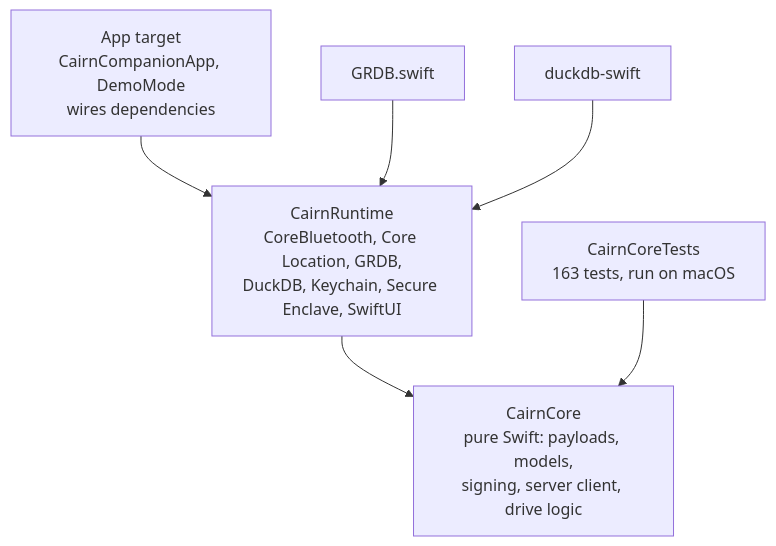
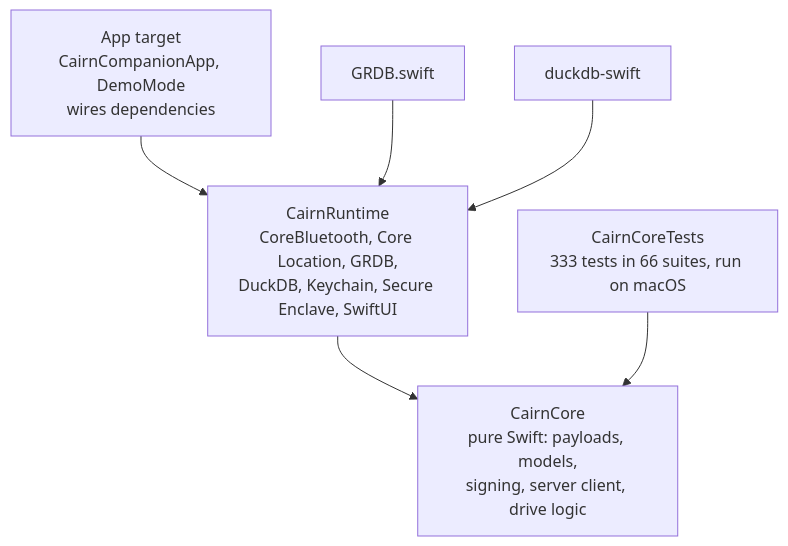
The second of 7 diagrams in README.md (ParkWardRR/cairn-companion-ios-esp32-obd2-gps-ble), drawn with Mermaid before and after one commit. The commit also changed other lines of this file and 5 other files, not shown here.

First line of the commit message:
docs: retire this repo's second roadmap; the README said CarPlay was rejected

````diff
--- a/README.md
+++ b/README.md
@@ -138,11 +143,11 @@
 ```mermaid
 flowchart TD
   App["App target<br/>CairnCompanionApp, DemoMode<br/>wires dependencies"]
   RT["CairnRuntime<br/>CoreBluetooth, Core Location, GRDB,<br/>DuckDB, Keychain, Secure Enclave, SwiftUI"]
   CORE["CairnCore<br/>pure Swift: payloads, models,<br/>signing, server client, drive logic"]
   App --> RT
   RT --> CORE
-  T["CairnCoreTests<br/>163 tests, run on macOS"] --> CORE
+  T["CairnCoreTests<br/>333 tests in 66 suites, run on macOS"] --> CORE
   GRDB["GRDB.swift"] --> RT
   DDB["duckdb-swift"] --> RT
 ```
````
